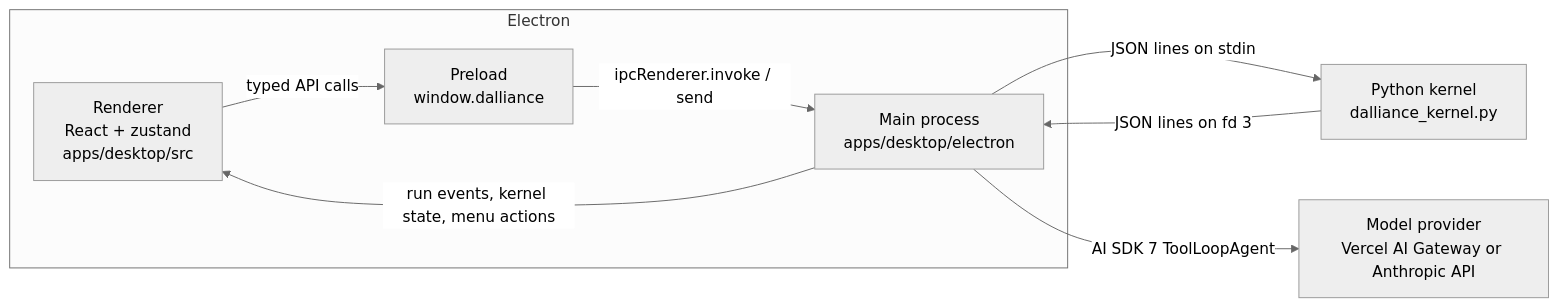
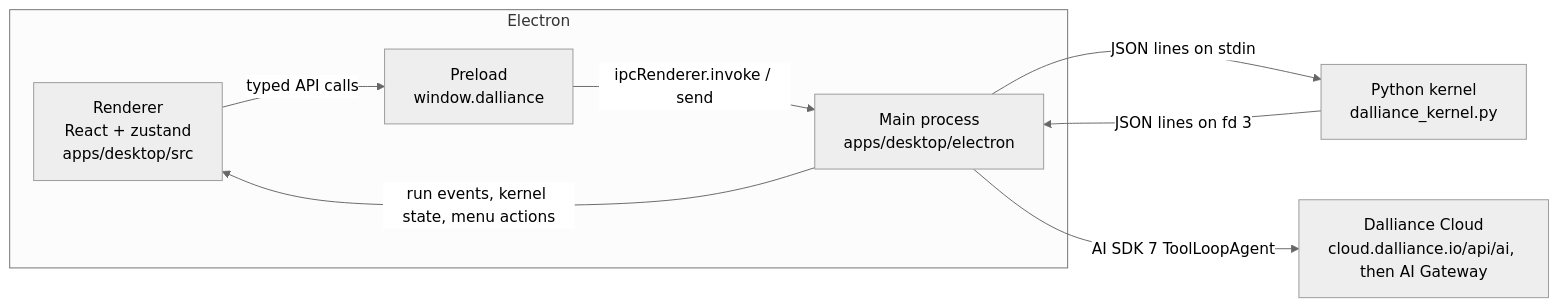
The first of 2 diagrams in docs/architecture.md (amirhesham65/dalliance), drawn with Mermaid (neutral theme) before and after one commit. The commit also changed other lines of this file and 21 other files, not shown here.

````diff
--- a/docs/architecture.md
+++ b/docs/architecture.md
@@ -5,17 +5,17 @@
 ```mermaid
 flowchart LR
   subgraph Electron
     R["Renderer<br/>React + zustand<br/>apps/desktop/src"]
     P["Preload<br/>window.dalliance"]
     M["Main process<br/>apps/desktop/electron"]
   end
   K["Python kernel<br/>dalliance_kernel.py"]
-  AI["Model provider<br/>Vercel AI Gateway or Anthropic API"]
+  AI["Dalliance Cloud<br/>cloud.dalliance.io/api/ai, then AI Gateway"]
 
   R -- "typed API calls" --> P
   P -- "ipcRenderer.invoke / send" --> M
   M -- "run events, kernel state, menu actions" --> R
   M -- "JSON lines on stdin" --> K
   K -- "JSON lines on fd 3" --> M
   M -- "AI SDK 7 ToolLoopAgent" --> AI
 ```
````
